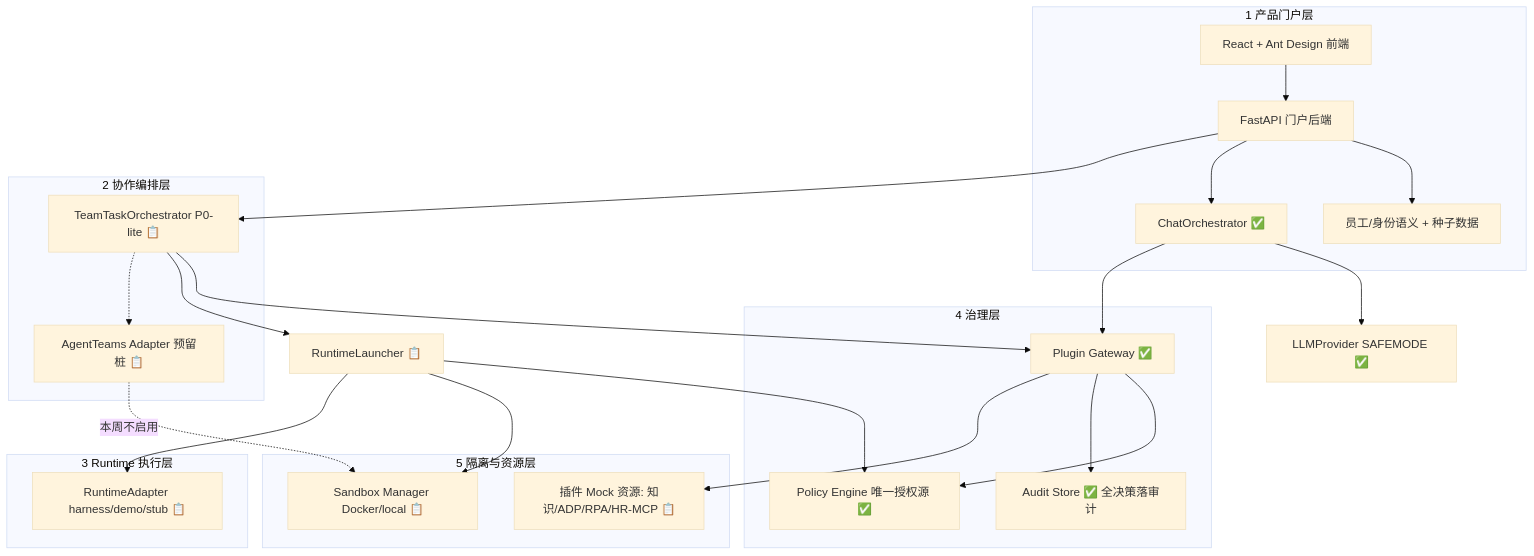
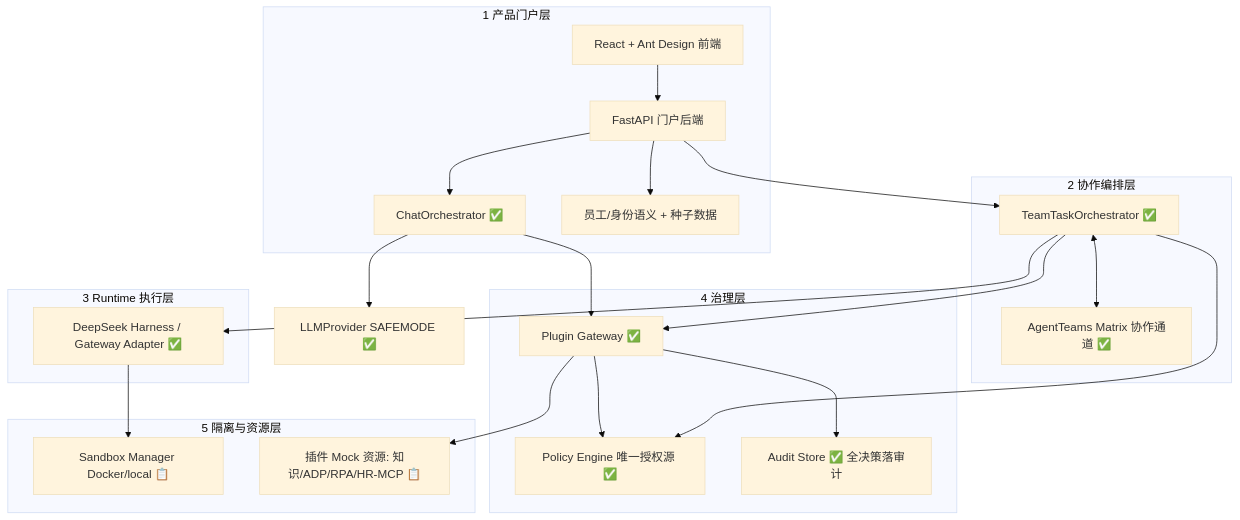
One commit to q974123622-bit/digital-workforce-platform changed the diagram in docs/ARCHITECTURE.md. Above: the diagram before and after it, drawn with Mermaid (base theme). The commit also changed other lines of this file and 56 other files, not shown here.

Commit message:
feat: integrate AgentTeams Harness workflow and testing guide

````diff
--- a/docs/ARCHITECTURE.md
+++ b/docs/ARCHITECTURE.md
@@ -20,41 +56,39 @@
 ```mermaid
 flowchart TB
   subgraph L1[1 产品门户层]
     UI[React + Ant Design 前端]
     API[FastAPI 门户后端]
     CH[ChatOrchestrator ✅]
     SE[员工/身份语义 + 种子数据]
   end
   subgraph L2[2 协作编排层]
-    TM[TeamTaskOrchestrator P0-lite 📋]
-    AT[AgentTeams Adapter 预留桩 📋]
+    TM[TeamTaskOrchestrator ✅]
+    AT[AgentTeams Matrix 协作通道 ✅]
   end
   subgraph L3[3 Runtime 执行层]
-    RA[RuntimeAdapter harness/demo/stub 📋]
+    RA[DeepSeek Harness / Gateway Adapter ✅]
   end
   subgraph L4[4 治理层]
     PE[Policy Engine 唯一授权源 ✅]
     GW[Plugin Gateway ✅]
     AU[Audit Store ✅ 全决策落审计]
   end
   subgraph L5[5 隔离与资源层]
     SB[Sandbox Manager Docker/local 📋]
     PL[插件 Mock 资源: 知识/ADP/RPA/HR-MCP 📋]
   end
   UI --> API
   API --> SE
   API --> CH
   API --> TM
   CH --> LLM[LLMProvider SAFEMODE ✅]
   CH --> GW
   TM --> GW
-  TM --> RL[RuntimeLauncher 📋]
-  RL --> PE
+  TM --> PE
   GW --> PE
   GW --> AU
   GW --> PL
-  RL --> SB
-  RL --> RA
-  TM -.-> AT
-  AT -. 本周不启用 .-> SB
+  TM --> RA
+  TM <--> AT
+  RA --> SB
 ```
````
